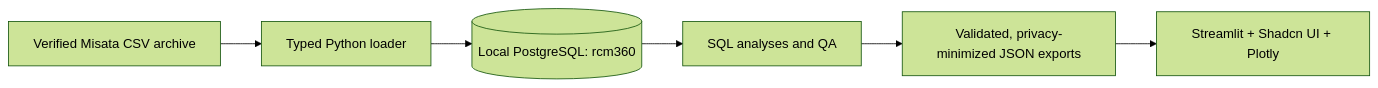
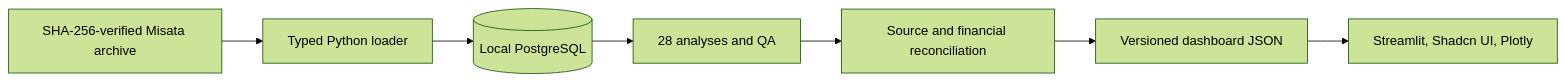
One commit to emam26/RCM360-Healthcare-Analytics changed the diagram in README.md. Above: the diagram before and after it, drawn with Mermaid (forest theme). The commit also changed other lines of this file, not shown here.

````diff
--- a/README.md
+++ b/README.md
@@ -22,8 +22,9 @@
 ```mermaid
 flowchart LR
-    CSV[Verified Misata CSV archive] --> ETL[Typed Python loader]
-    ETL --> PG[(Local PostgreSQL: rcm360)]
-    PG --> SQL[SQL analyses and QA]
-    SQL --> JSON[Validated, privacy-minimized JSON exports]
-    JSON --> UI[Streamlit + Shadcn UI + Plotly]
+    CSV[SHA-256-verified Misata archive] --> ETL[Typed Python loader]
+    ETL --> PG[(Local PostgreSQL)]
+    PG --> SQL[28 analyses and QA]
+    SQL --> CHECK[Source and financial reconciliation]
+    CHECK --> JSON[Versioned dashboard JSON]
+    JSON --> UI[Streamlit, Shadcn UI, Plotly]
 ```
````
